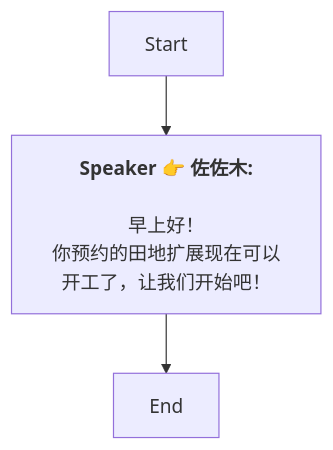
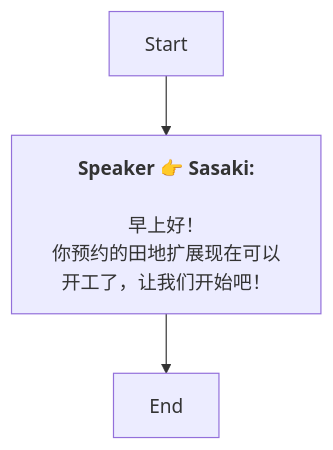
The diagram in Zh/Dialog_55390749900360.md (SoftHu/tos_avg), drawn with Mermaid before and after one commit. The commit also changed 737 other files, not shown here.

````diff
--- a/Zh/Dialog_55390749900360.md
+++ b/Zh/Dialog_55390749900360.md
@@ -1,9 +1,8 @@
 ```mermaid
 graph
-Start -->1772504131815538[<b>Speaker 👉 佐佐木:</b>
-
-早上好！
+Start -->1772504131815538[<b>Speaker 👉 Sasaki:</b>
+\n早上好！
 你预约的田地扩展现在可以开工了，让我们开始吧！]
 1772504131815538 -->1772504134666355[End]
 
- ```
+```
````
